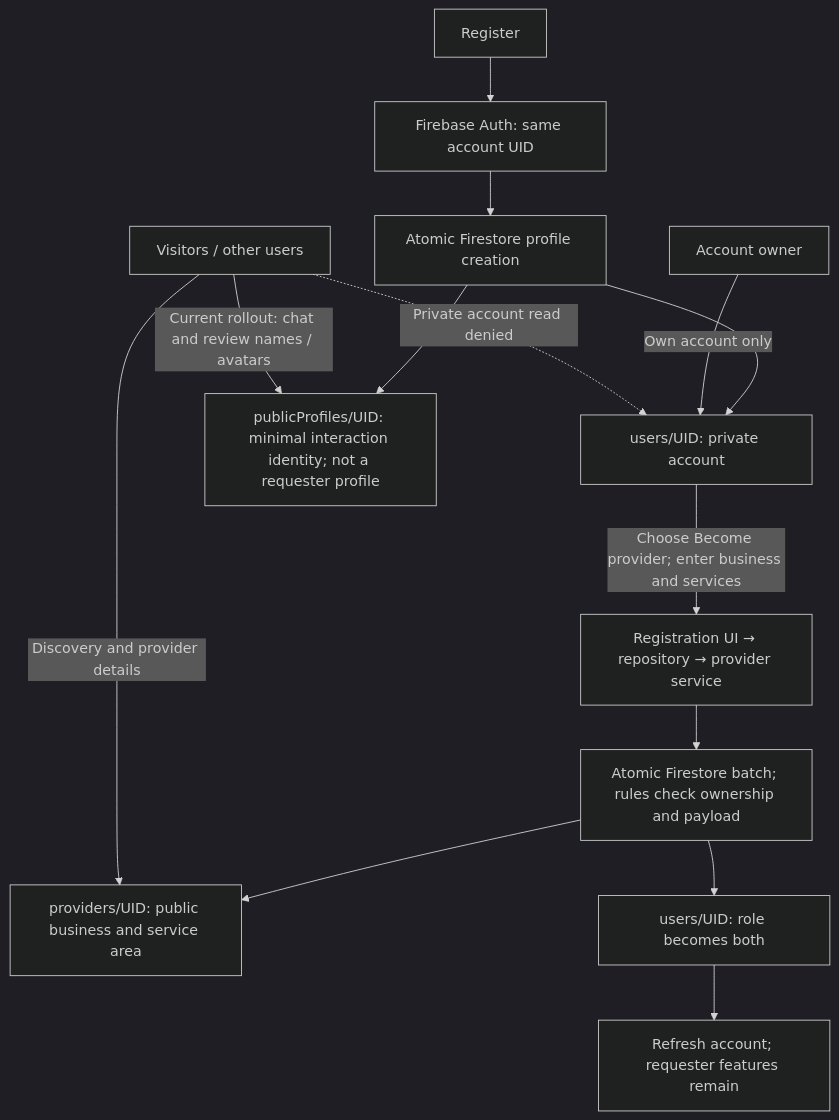
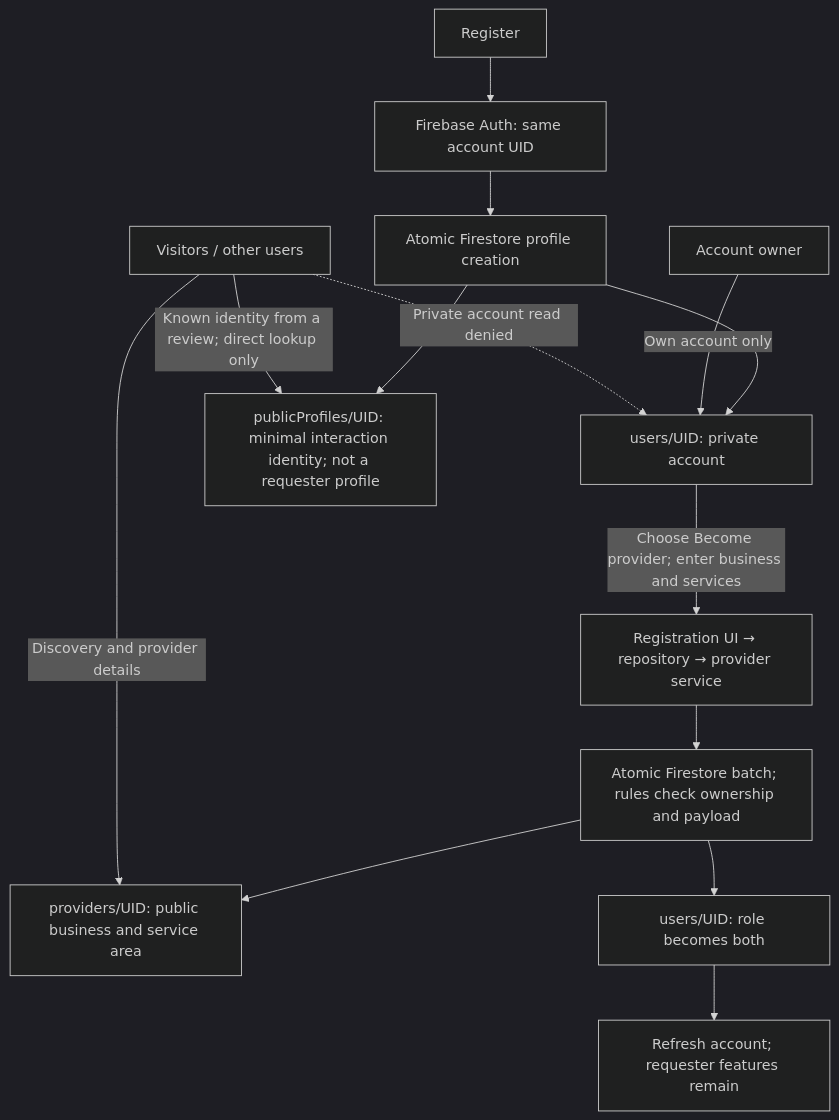
Before and after one commit to lazonev1/lazone: the second of 3 diagrams in docs/public-private-profile-changes.md, drawn with Mermaid (dark theme). The commit also changed other lines of this file and 2 other files, not shown here.

Commit message:
docs: close public profile security rollout

````diff
--- a/docs/public-private-profile-changes.md
+++ b/docs/public-private-profile-changes.md
@@ -21,16 +21,16 @@
 ```mermaid
 flowchart TD
     A[Register] --> B[Firebase Auth: same account UID]
     B --> C[Atomic Firestore profile creation]
     C --> U[users/UID: private account]
     C --> I[publicProfiles/UID: minimal interaction identity; not a requester profile]
     U -->|Choose Become provider; enter business and services| F[Registration UI → repository → provider service]
     F --> W[Atomic Firestore batch; rules check ownership and payload]
     W --> P[providers/UID: public business and service area]
     W --> R[users/UID: role becomes both]
     R --> H[Refresh account; requester features remain]
     O[Account owner] -->|Own account only| U
     V[Visitors / other users] -->|Discovery and provider details| P
-    V -->|Current rollout: chat and review names / avatars| I
+    V -->|Known identity from a review; direct lookup only| I
     V -.->|Private account read denied| U
 ```
````
